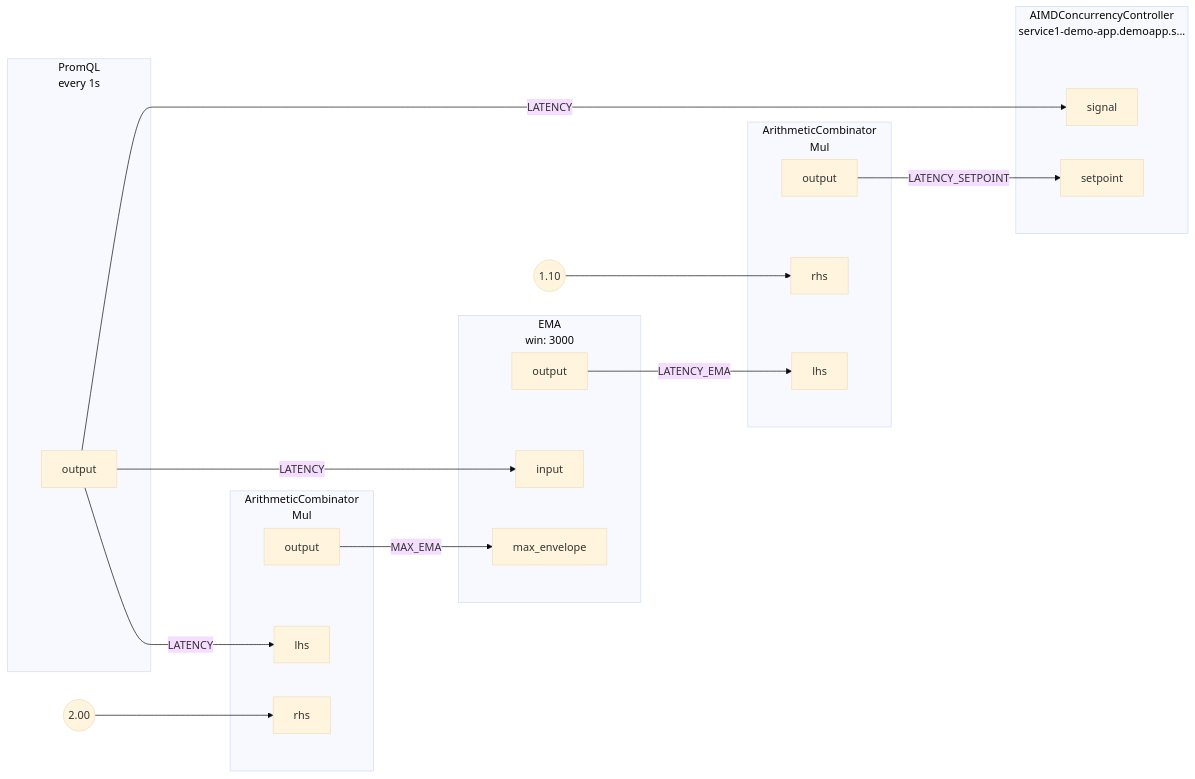
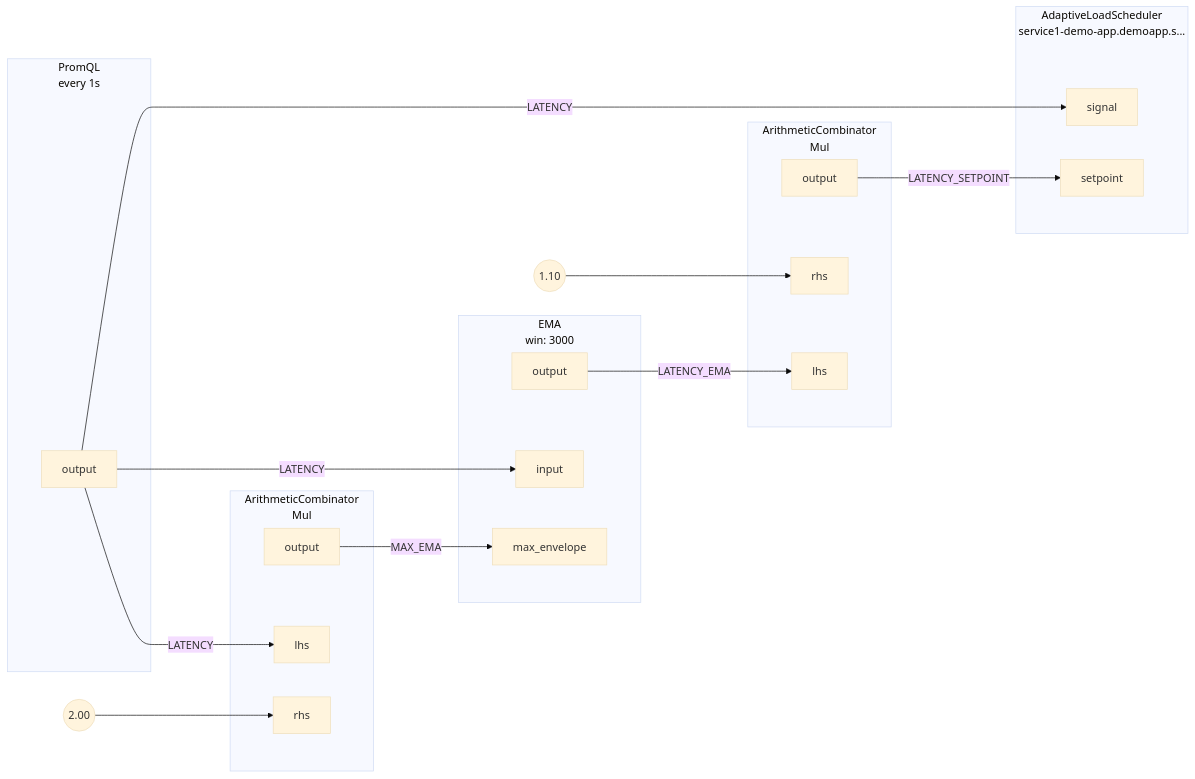
One commit to dataongunlaws/aperture changed the diagram in docs/content/tutorials/flow-control/concurrency-limiting/assets/workload-prioritization/workload-prioritization.mmd. Above: the diagram before and after it, drawn with Mermaid (base theme). The commit also changed 210 other files, not shown here.

```diff
--- a/docs/content/tutorials/flow-control/concurrency-limiting/assets/workload-prioritization/workload-prioritization.mmd
+++ b/docs/content/tutorials/flow-control/concurrency-limiting/assets/workload-prioritization/workload-prioritization.mmd
@@ -1,60 +1,60 @@
 flowchart LR
 subgraph root.0[<center>PromQL<br/>every 1s</center>]
 subgraph root.0_outports[ ]
 style root.0_outports fill:none,stroke:none
 root.0output[output]
 end
 end
 subgraph root.1[<center>ArithmeticCombinator<br/>Mul</center>]
 subgraph root.1_inports[ ]
 style root.1_inports fill:none,stroke:none
 root.1lhs[lhs]
 root.1rhs[rhs]
 end
 subgraph root.1_outports[ ]
 style root.1_outports fill:none,stroke:none
 root.1output[output]
 end
 end
 root.1_rhs_FakeConstantout((2.00))
 subgraph root.2[<center>ArithmeticCombinator<br/>Mul</center>]
 subgraph root.2_inports[ ]
 style root.2_inports fill:none,stroke:none
 root.2lhs[lhs]
 root.2rhs[rhs]
 end
 subgraph root.2_outports[ ]
 style root.2_outports fill:none,stroke:none
 root.2output[output]
 end
 end
 root.2_rhs_FakeConstantout((1.10))
 subgraph root.3[<center>EMA<br/>win: 3000</center>]
 subgraph root.3_inports[ ]
 style root.3_inports fill:none,stroke:none
 root.3input[input]
 root.3max_envelope[max_envelope]
 end
 subgraph root.3_outports[ ]
 style root.3_outports fill:none,stroke:none
 root.3output[output]
 end
 end
-subgraph root.4[<center>AIMDConcurrencyController<br/>service1-demo-app.demoapp.s...</center>]
+subgraph root.4[<center>AdaptiveLoadScheduler<br/>service1-demo-app.demoapp.s...</center>]
 subgraph root.4_inports[ ]
 style root.4_inports fill:none,stroke:none
 root.4setpoint[setpoint]
 root.4signal[signal]
 end
 subgraph root.4_outports[ ]
 style root.4_outports fill:none,stroke:none
 end
 end
 root.0output --> |LATENCY| root.1lhs
 root.0output --> |LATENCY| root.3input
 root.0output --> |LATENCY| root.4signal
 root.1output --> |MAX_EMA| root.3max_envelope
 root.1_rhs_FakeConstantout --> root.1rhs
 root.2output --> |LATENCY_SETPOINT| root.4setpoint
 root.2_rhs_FakeConstantout --> root.2rhs
 root.3output --> |LATENCY_EMA| root.2lhs
```
